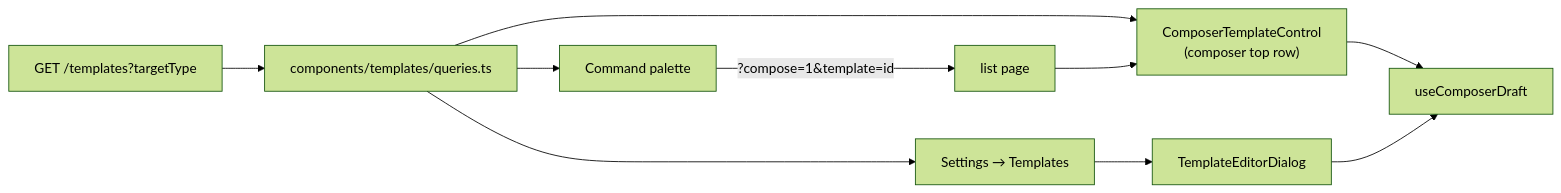
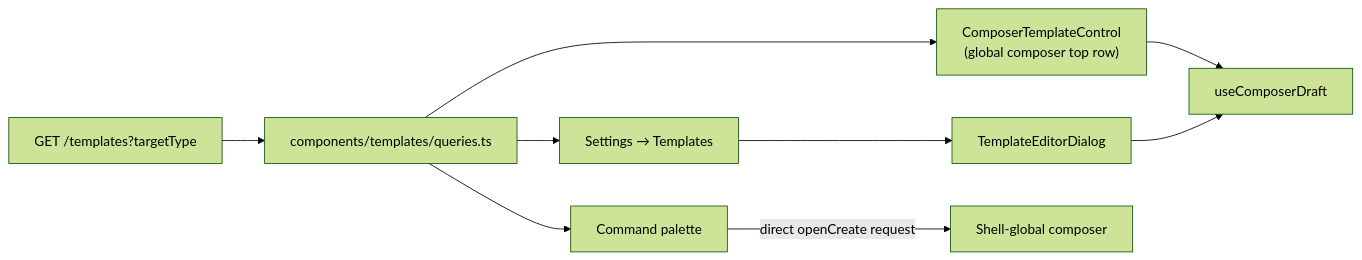
Before and after one commit to TheHypertextStudio/athena-web: the diagram in docs/engineering/specs/templates.md, drawn with Mermaid (forest theme). The commit also changed other lines of this file, not shown here.

First line of the commit message:
feat(web): Document global creation composer

````diff
--- a/docs/engineering/specs/templates.md
+++ b/docs/engineering/specs/templates.md
@@ -116,12 +183,11 @@
 ```mermaid
 graph LR
   API["GET /templates?targetType"] --> Q["components/templates/queries.ts"]
-  Q --> MENU["ComposerTemplateControl<br/>(composer top row)"]
+  Q --> MENU["ComposerTemplateControl<br/>(global composer top row)"]
   Q --> SET["Settings → Templates"]
   Q --> PAL["Command palette"]
   SET --> ED["TemplateEditorDialog"]
-  PAL -->|"?compose=1&template=id"| PAGE["list page"]
-  PAGE --> MENU
+  PAL -->|"direct openCreate request"| COMPOSER["Shell-global composer"]
   MENU --> DRAFT["useComposerDraft"]
   ED --> DRAFT
 ```
````
